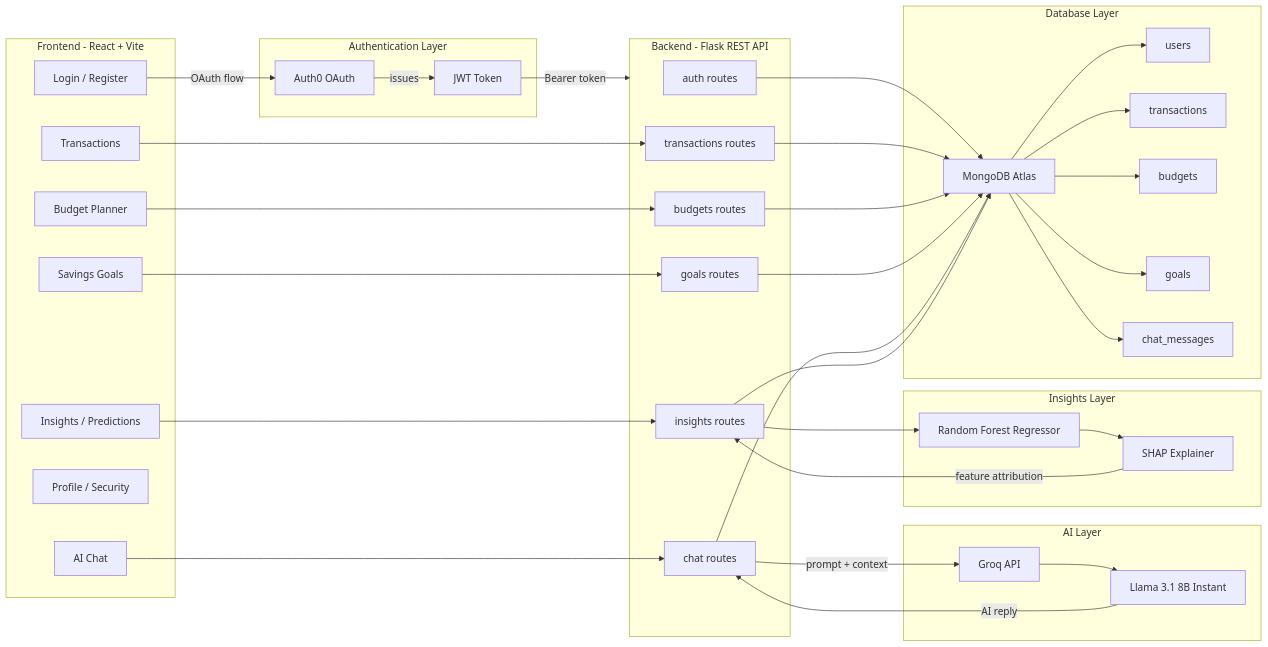
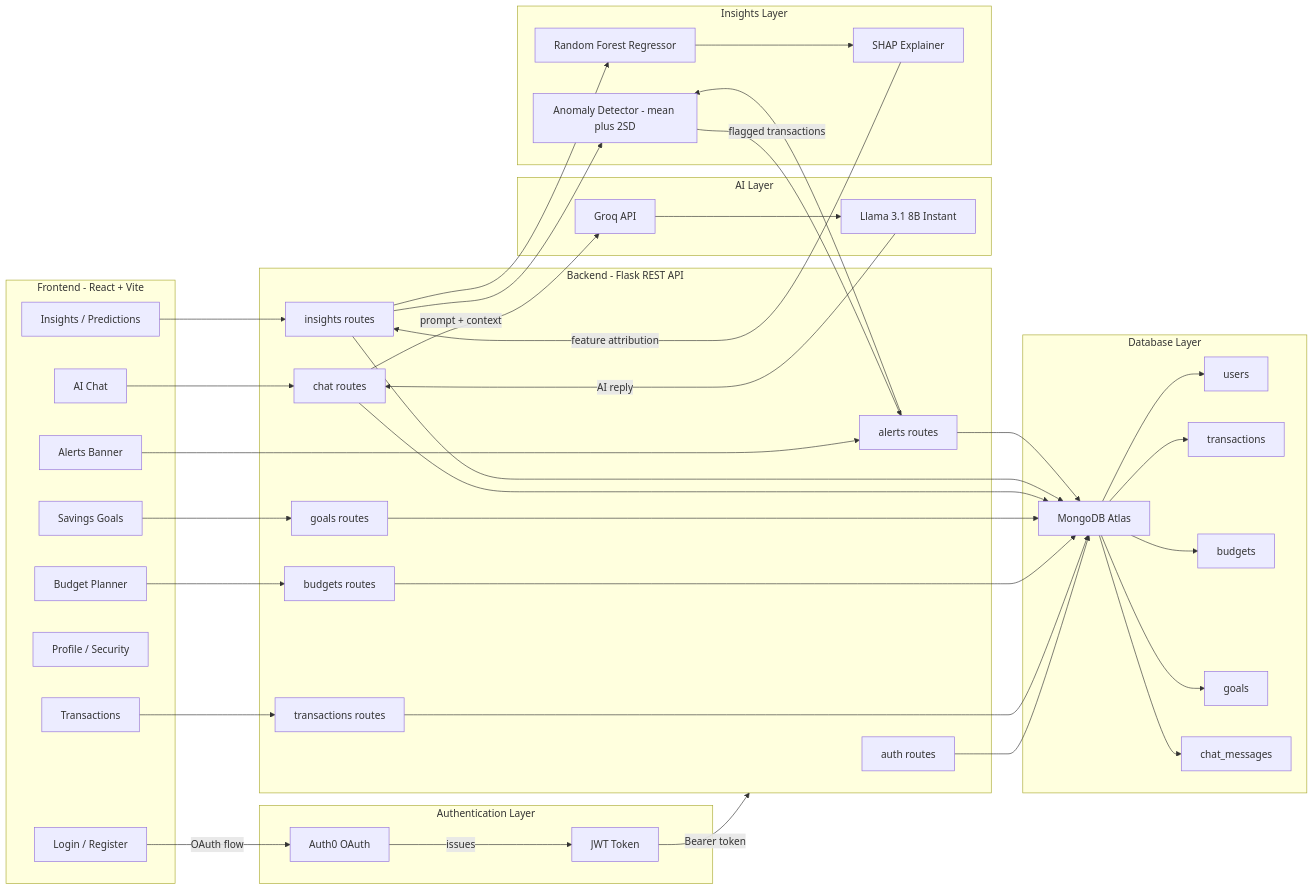
One commit to farhanbin65/finance-tracker-dessertation changed the first of 6 diagrams in README.md. Above: the diagram before and after it, drawn with Mermaid. The commit also changed other lines of this file, not shown here.

Commit message:
Update README: anomaly detection, alerts, forecast sequence diagram

````diff
--- a/README.md
+++ b/README.md
@@ -86,66 +88,73 @@
 ```mermaid
 flowchart LR
   subgraph Client["Frontend - React + Vite"]
     A["Login / Register"]
     B["Transactions"]
     C["Budget Planner"]
     D["Savings Goals"]
     E["AI Chat"]
     F["Profile / Security"]
     G2["Insights / Predictions"]
+    H2["Alerts Banner"]
   end
 
   subgraph Auth["Authentication Layer"]
     G["Auth0 OAuth"]
     H["JWT Token"]
   end
 
   subgraph API["Backend - Flask REST API"]
     I["auth routes"]
     J["transactions routes"]
     K["budgets routes"]
     L["goals routes"]
     M["chat routes"]
     N2["insights routes"]
+    O2["alerts routes"]
   end
 
   subgraph AI["AI Layer"]
     N["Groq API"]
     O["Llama 3.1 8B Instant"]
   end
 
   subgraph ML["Insights Layer"]
     P2["Random Forest Regressor"]
     Q2["SHAP Explainer"]
+    R2["Anomaly Detector - mean plus 2SD"]
   end
 
   subgraph DB["Database Layer"]
     P["MongoDB Atlas"]
     Q["users"]
     R["transactions"]
     S["budgets"]
     T["goals"]
     U2["chat_messages"]
   end
 
   A -->|"OAuth flow"| G
   G -->|"issues"| H
   H -->|"Bearer token"| API
 
   B --> J
   C --> K
   D --> L
   E --> M
   G2 --> N2
+  H2 --> O2
+  O2 --> R2
 
   M -->|"prompt + context"| N
   N --> O
   O -->|"AI reply"| M
 
   N2 --> P2
   P2 --> Q2
   Q2 -->|"feature attribution"| N2
+  N2 --> R2
+  R2 -->|"flagged transactions"| O2
 
-  I & J & K & L & M & N2 --> P
+  I & J & K & L & M & N2 & O2 --> P
   P --> Q & R & S & T & U2
 ```
````
